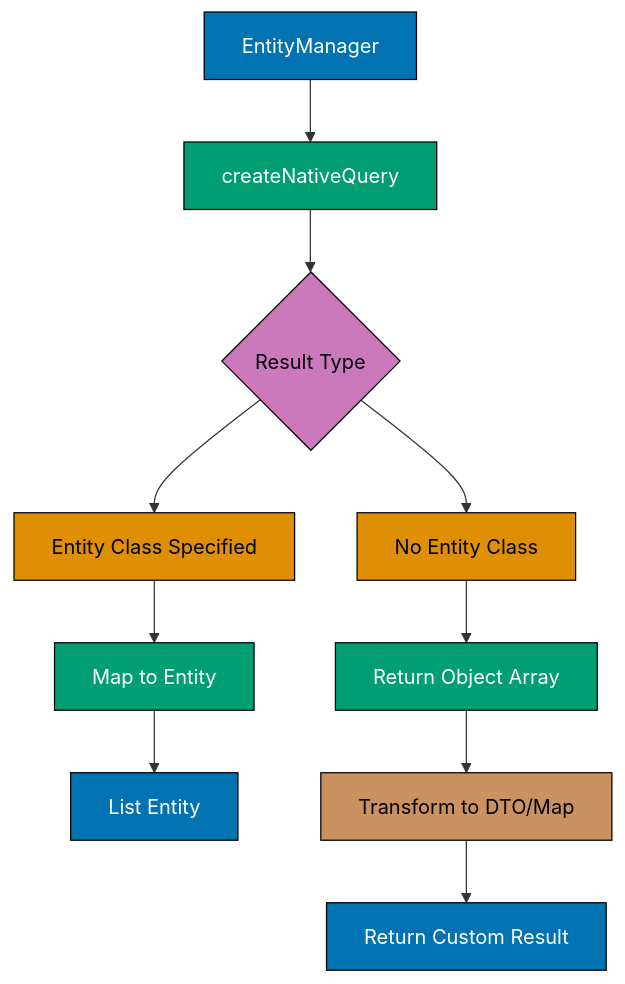
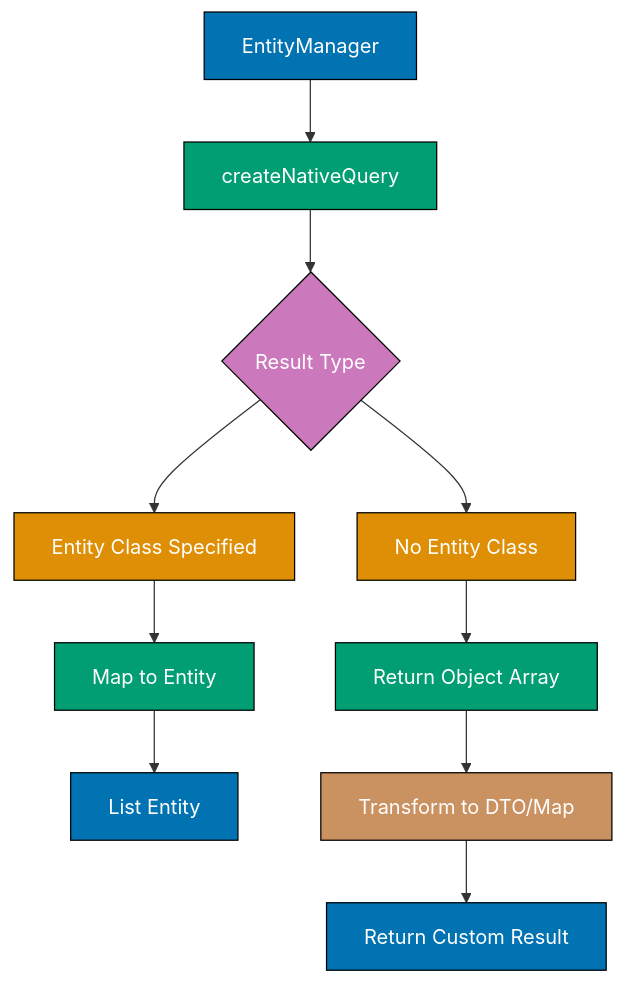
The sixth of 10 diagrams in apps/ayokoding-web/content/en/learn/software-engineering/data/tools/spring-data-jpa/by-example/advanced.md (wahidyankf/open-sharia-enterprise), drawn with Mermaid before and after one commit. The commit also changed other lines of this file and 61 other files, not shown here.

First line of the commit message:
fix(ayokoding-web): quote Mermaid node labels with special characters in Example 63

````diff
--- a/apps/ayokoding-web/content/en/learn/software-engineering/data/tools/spring-data-jpa/by-example/advanced.md
+++ b/apps/ayokoding-web/content/en/learn/software-engineering/data/tools/spring-data-jpa/by-example/advanced.md
@@ -1860,24 +1860,24 @@
 ```mermaid
 %% Native query execution flow
 graph TD
     A[EntityManager] --> B[createNativeQuery]
     B --> C{Result Type}
     C --> D[Entity Class Specified]
     C --> E[No Entity Class]
     D --> F[Map to Entity]
     E --> G[Return Object Array]
     F --> H[List Entity]
     G --> I[Transform to DTO/Map]
     I --> J[Return Custom Result]
 
     style A fill:#0173B2,stroke:#000,color:#fff
     style B fill:#029E73,stroke:#000,color:#fff
-    style C fill:#CC78BC,stroke:#000,color:#000
-    style D fill:#DE8F05,stroke:#000,color:#000
-    style E fill:#DE8F05,stroke:#000,color:#000
+    style C fill:#CC78BC,stroke:#000,color:#fff
+    style D fill:#DE8F05,stroke:#000,color:#fff
+    style E fill:#DE8F05,stroke:#000,color:#fff
     style F fill:#029E73,stroke:#000,color:#fff
     style G fill:#029E73,stroke:#000,color:#fff
     style H fill:#0173B2,stroke:#000,color:#fff
-    style I fill:#CA9161,stroke:#000,color:#000
+    style I fill:#CA9161,stroke:#000,color:#fff
     style J fill:#0173B2,stroke:#000,color:#fff
 ```
````
